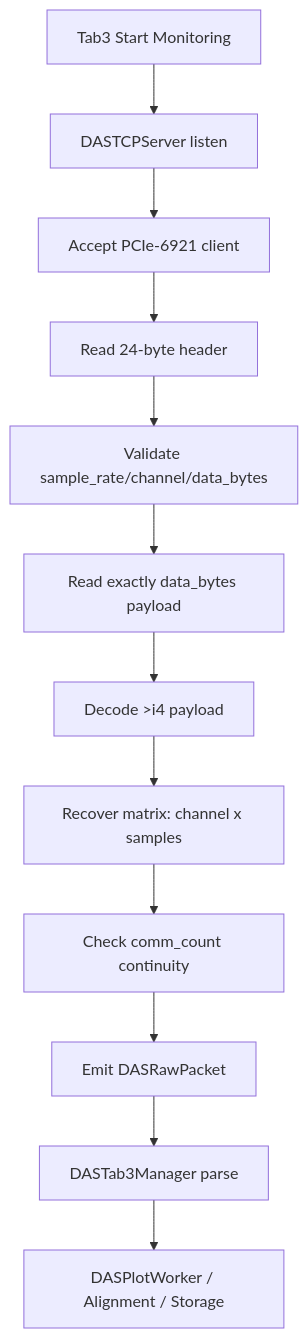
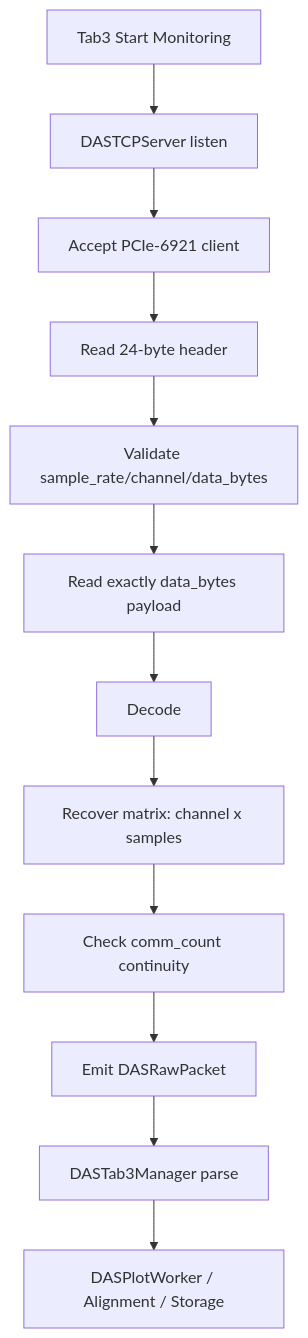
Before and after one commit to chyiever/wb-monitor: the diagram in docs/2026-6-19-通信协议与数据包格式.md, drawn with Mermaid. The commit also changed other lines of this file and 4 other files, not shown here.

````diff
--- a/docs/2026-6-19-通信协议与数据包格式.md
+++ b/docs/2026-6-19-通信协议与数据包格式.md
@@ -100,14 +100,14 @@
 ```mermaid
 flowchart TD
     A[Tab3 Start Monitoring] --> B[DASTCPServer listen]
     B --> C[Accept PCIe-6921 client]
     C --> D[Read 24-byte header]
     D --> E[Validate sample_rate/channel/data_bytes]
     E --> F[Read exactly data_bytes payload]
-    F --> G[Decode >i4 payload]
+    F --> G[Decode <i4 payload]
     G --> H[Recover matrix: channel x samples]
     H --> I[Check comm_count continuity]
     I --> J[Emit DASRawPacket]
     J --> K[DASTab3Manager parse]
     K --> L[DASPlotWorker / Alignment / Storage]
 ```
````
